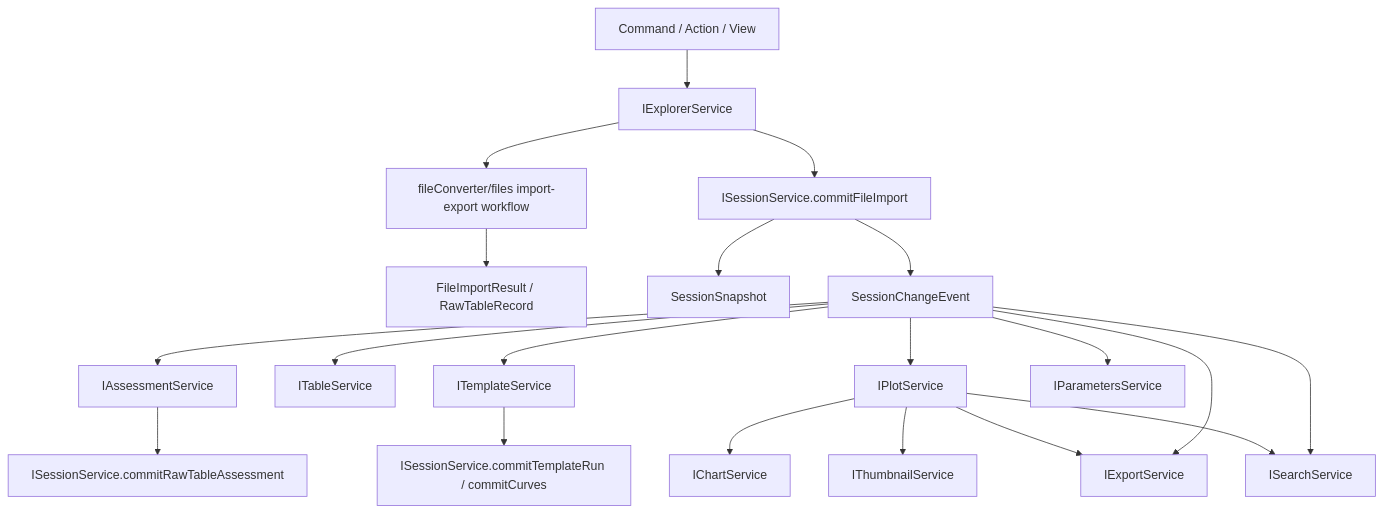
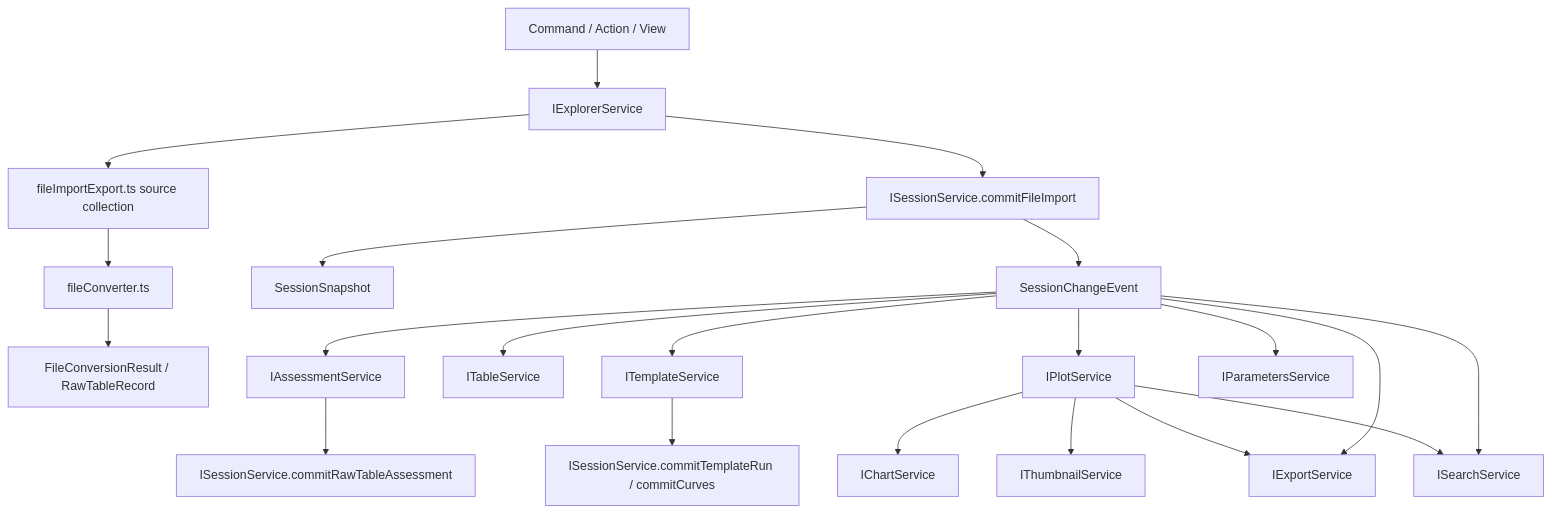
One commit to chogng/conductor changed the second of 7 diagrams in .github/instructions/service-architecture.instructions.md. Above: the diagram before and after it, drawn with Mermaid. The commit also changed other lines of this file and 14 other files, not shown here.

Commit message:
chore: align files architecture and Rust host naming

````diff
--- a/.github/instructions/service-architecture.instructions.md
+++ b/.github/instructions/service-architecture.instructions.md
@@ -125,27 +125,28 @@
 ```mermaid
 flowchart TD
     User[Command / Action / View] --> Explorer[IExplorerService]
-    Explorer --> Import[fileConverter/files import-export workflow]
-    Import --> Raw[FileImportResult / RawTableRecord]
+    Explorer --> Import[fileImportExport.ts source collection]
+    Import --> Converter[fileConverter.ts]
+    Converter --> Raw[FileConversionResult / RawTableRecord]
     Explorer --> Session[ISessionService.commitFileImport]
 
     Session --> Snapshot[SessionSnapshot]
     Session --> Events[SessionChangeEvent]
 
     Events --> Assessment[IAssessmentService]
     Assessment --> SessionAssess[ISessionService.commitRawTableAssessment]
 
     Events --> Table[ITableService]
     Events --> Template[ITemplateService]
     Template --> SessionTemplate[ISessionService.commitTemplateRun / commitCurves]
 
     Events --> Plot[IPlotService]
     Plot --> Chart[IChartService]
     Plot --> Thumbnail[IThumbnailService]
     Plot --> Export[IExportService]
     Plot --> Search[ISearchService]
 
     Events --> Parameters[IParametersService]
     Events --> Export
     Events --> Search
 ```
````
